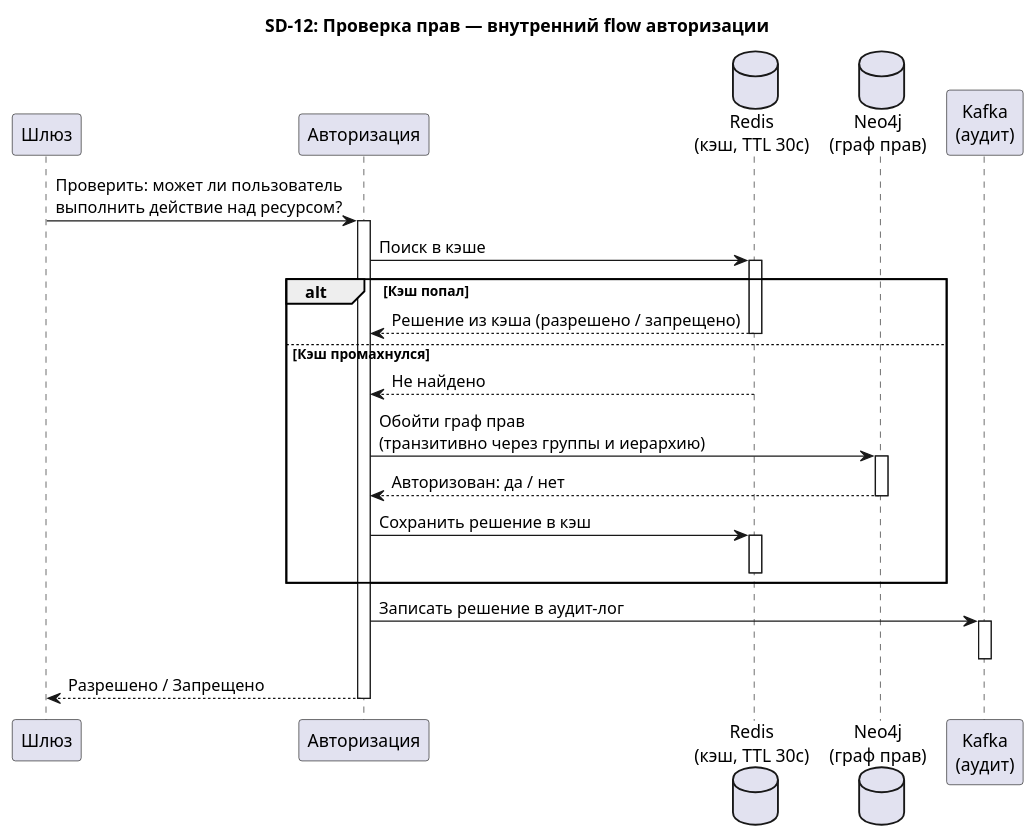
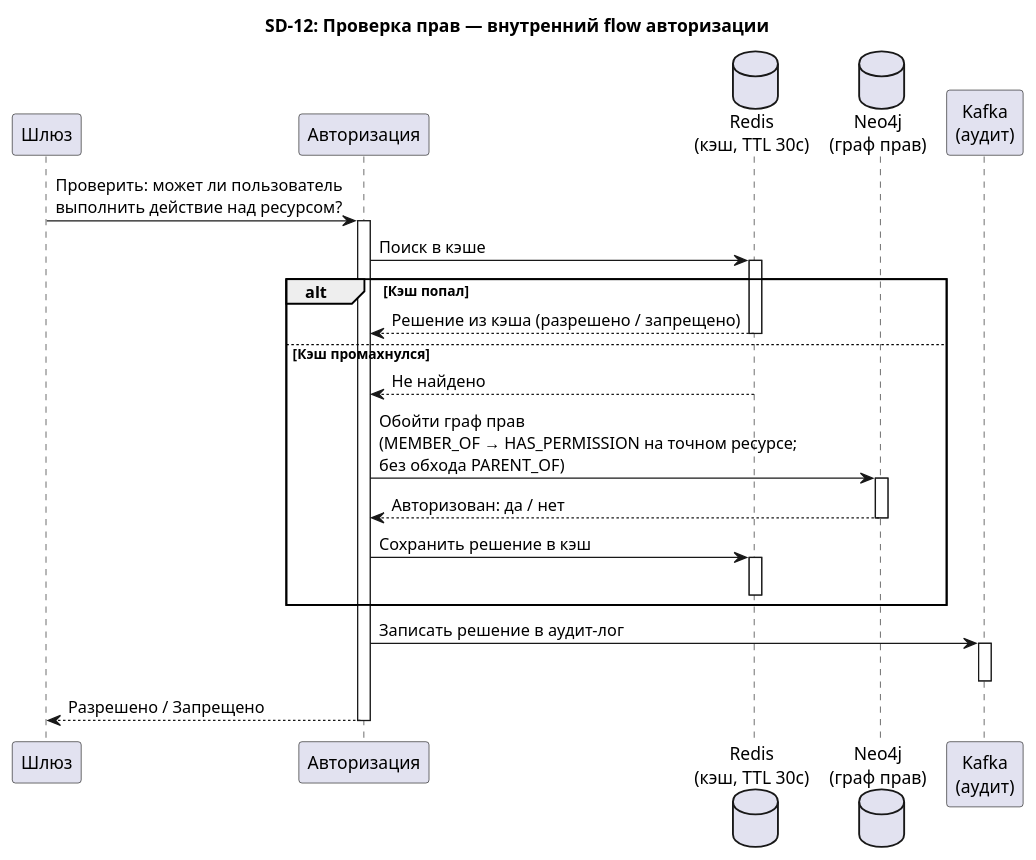
One commit to alesplll/opens3-rebac changed diagram 12 of 16 in docs/sequence_diagrams.md. Above: the diagram before and after it, drawn with PlantUML. The commit also changed other lines of this file and 21 other files, not shown here.

````diff
--- a/docs/sequence_diagrams.md
+++ b/docs/sequence_diagrams.md
@@ -519,40 +531,40 @@
 ```plantuml
 @startuml SD-12-CheckPermission
 title SD-12: Проверка прав — внутренний flow авторизации
 
 participant "Шлюз"     as GW
 participant "Авторизация" as AZ
 database    "Redis\n(кэш, TTL 30с)" as RD
 database    "Neo4j\n(граф прав)"    as N4
 participant "Kafka\n(аудит)"        as KF
 
 GW -> AZ : Проверить: может ли пользователь\nвыполнить действие над ресурсом?
 activate AZ
 
 AZ -> RD : Поиск в кэше
 activate RD
 
 alt Кэш попал
   RD --> AZ : Решение из кэша (разрешено / запрещено)
   deactivate RD
 else Кэш промахнулся
   RD --> AZ : Не найдено
   deactivate RD
-  AZ -> N4 : Обойти граф прав\n(транзитивно через группы и иерархию)
+  AZ -> N4 : Обойти граф прав\n(MEMBER_OF → HAS_PERMISSION на точном ресурсе;\nбез обхода PARENT_OF)
   activate N4
   N4 --> AZ : Авторизован: да / нет
   deactivate N4
   AZ -> RD : Сохранить решение в кэш
   activate RD
   deactivate RD
 end
 
 AZ -> KF : Записать решение в аудит-лог
 activate KF
 deactivate KF
 
 AZ --> GW : Разрешено / Запрещено
 deactivate AZ
 
 @enduml
 ```
````
